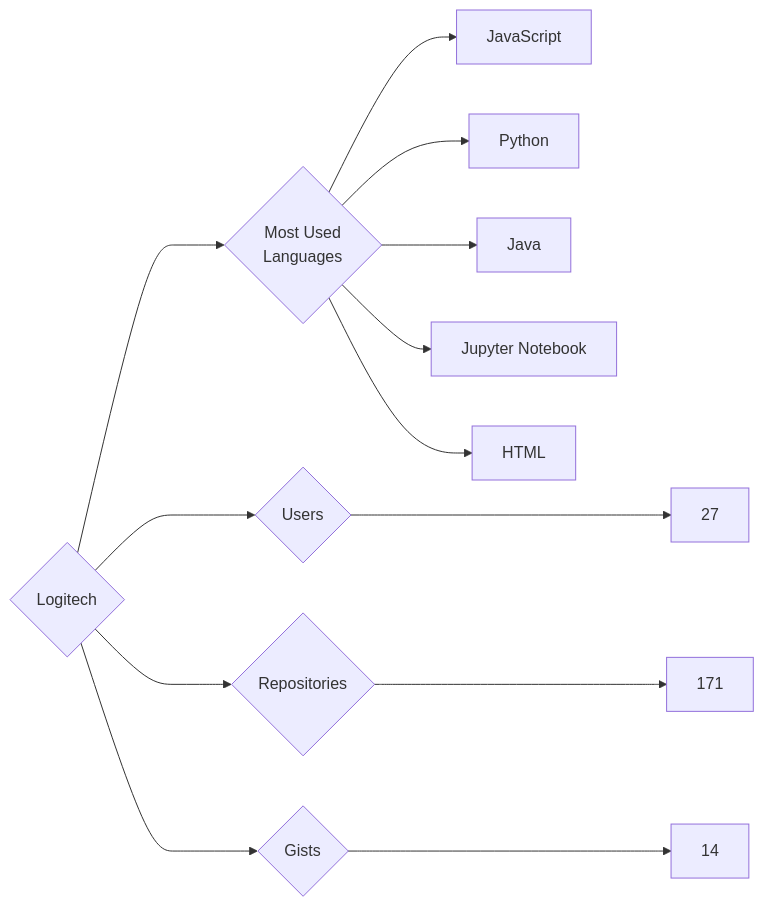
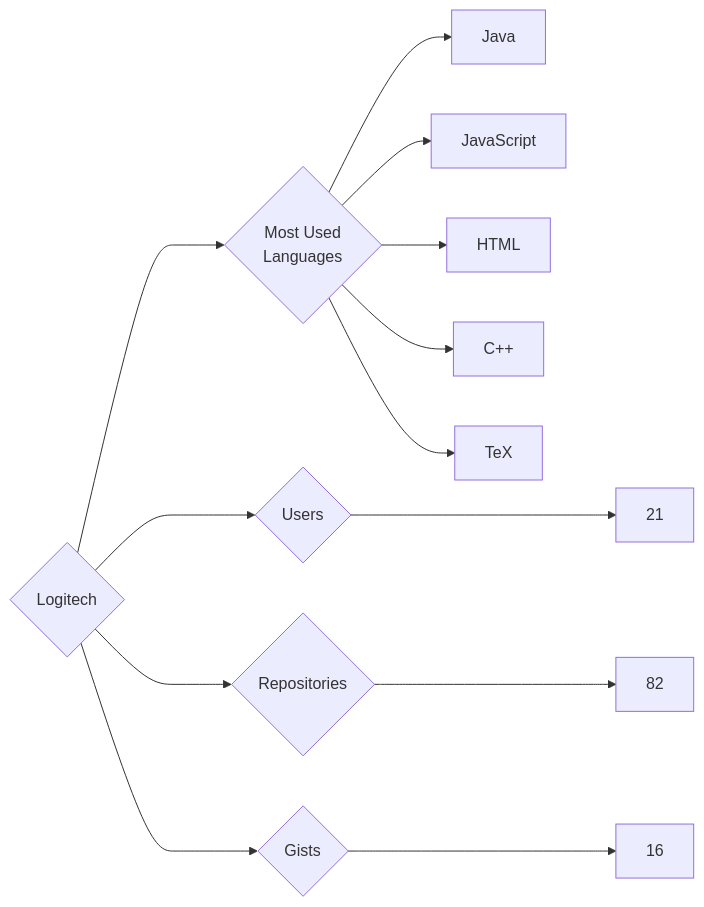
The diagram in targets/Logitech/README.md (trickest/insiders), drawn with Mermaid before and after one commit. The commit also changed 837 other files, not shown here.

````diff
--- a/targets/Logitech/README.md
+++ b/targets/Logitech/README.md
@@ -3,13 +3,13 @@
 ```mermaid
 graph LR
 COMPANY_NAME{Logitech}
-COMPANY_NAME ---> U{Users} ---> UN[27]
-COMPANY_NAME ---> R{Repositories} ---> RN[171]
-COMPANY_NAME ---> G{Gists} ---> GN[14]
+COMPANY_NAME ---> U{Users} ---> UN[21]
+COMPANY_NAME ---> R{Repositories} ---> RN[82]
+COMPANY_NAME ---> G{Gists} ---> GN[16]
 COMPANY_NAME ---> ML{Most Used<br>Languages}
+ML --> Java[Java]
 ML --> JavaScript[JavaScript]
-ML --> Python[Python]
-ML --> Java[Java]
-ML --> Jupyter_Notebook[Jupyter Notebook]
 ML --> HTML[HTML]
+ML --> C++[C++]
+ML --> TeX[TeX]
 ```
````
